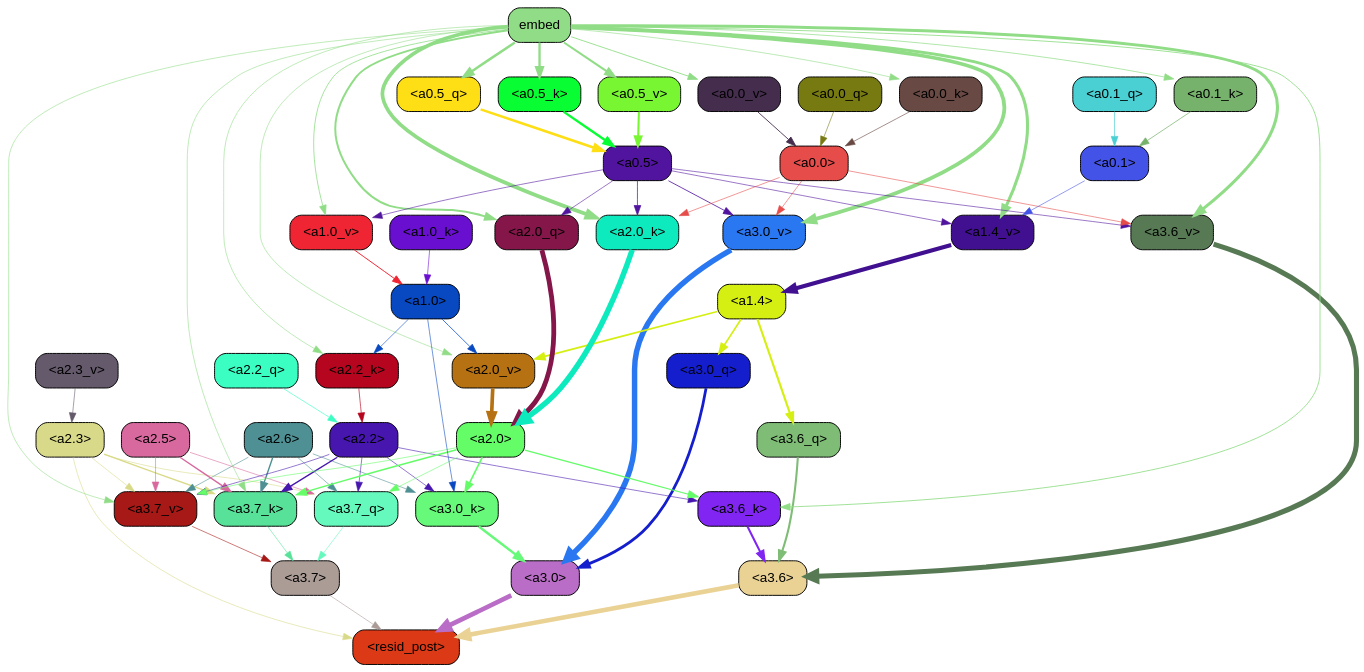
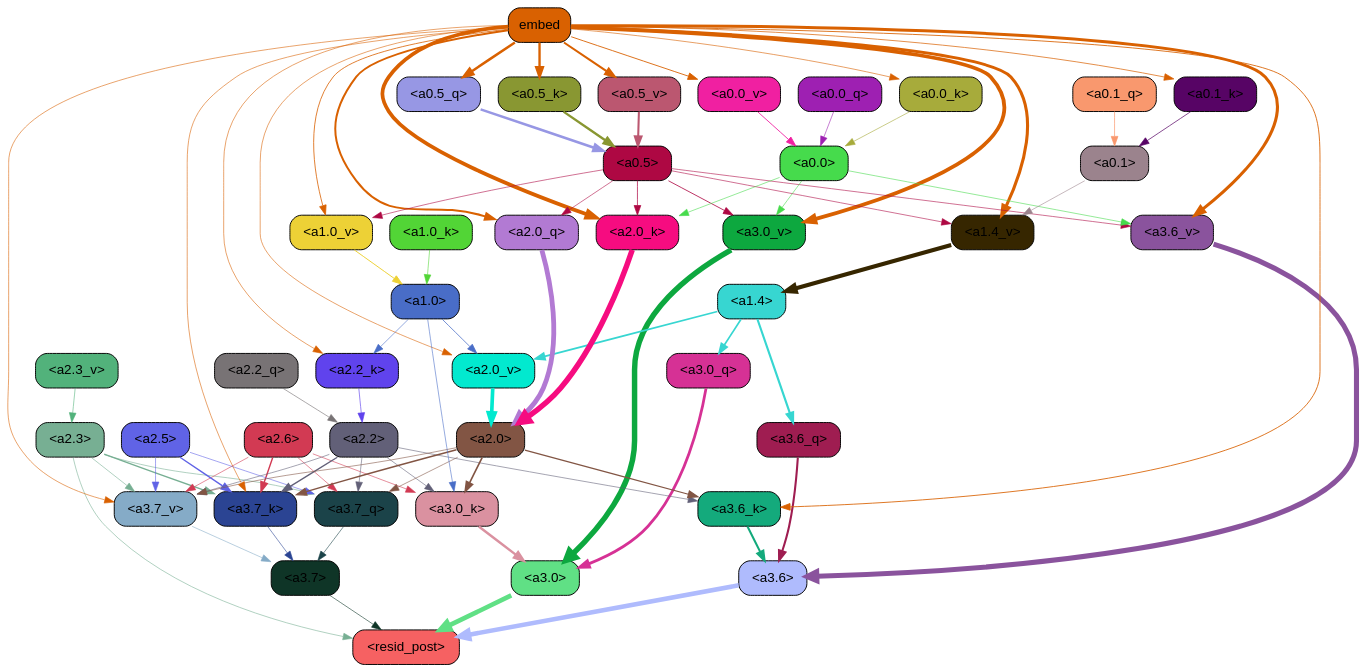
Before and after one commit to Aaquib111/edge-attribution-patching: the diagram in docstring_task/ims/abs_value/thresh0.11_img_77.gv, drawn with Graphviz. The commit also changed 5412 other files, not shown here.

```diff
--- a/docstring_task/ims/abs_value/thresh0.11_img_77.gv
+++ b/docstring_task/ims/abs_value/thresh0.11_img_77.gv
@@ -5,374 +5,374 @@
 		splines=true
 	];
 	"<a3.7>"	[color=black,
-		fillcolor="#ab9c96",
+		fillcolor="#0f3527",
 		fontname=Helvetica,
 		shape=box,
 		style="filled, rounded"];
 	"<resid_post>"	[color=black,
-		fillcolor="#dc3a17",
+		fillcolor="#f66162",
 		fontname=Helvetica,
 		shape=box,
 		style="filled, rounded"];
-	"<a3.7>" -> "<resid_post>"	[color="#ab9c96",
+	"<a3.7>" -> "<resid_post>"	[color="#0f3527",
 		penwidth=0.6];
 	"<a3.6>"	[color=black,
-		fillcolor="#ead295",
+		fillcolor="#afbbfd",
 		fontname=Helvetica,
 		shape=box,
 		style="filled, rounded"];
-	"<a3.6>" -> "<resid_post>"	[color="#ead295",
+	"<a3.6>" -> "<resid_post>"	[color="#afbbfd",
 		penwidth=4.746312499046326];
 	"<a3.0>"	[color=black,
-		fillcolor="#b96dc6",
+		fillcolor="#60e085",
 		fontname=Helvetica,
 		shape=box,
 		style="filled, rounded"];
-	"<a3.0>" -> "<resid_post>"	[color="#b96dc6",
+	"<a3.0>" -> "<resid_post>"	[color="#60e085",
 		penwidth=4.896343111991882];
 	"<a2.3>"	[color=black,
-		fillcolor="#d9da89",
+		fillcolor="#77af93",
 		fontname=Helvetica,
 		shape=box,
 		style="filled, rounded"];
-	"<a2.3>" -> "<resid_post>"	[color="#d9da89",
+	"<a2.3>" -> "<resid_post>"	[color="#77af93",
 		penwidth=0.6];
 	"<a3.7_q>"	[color=black,
-		fillcolor="#66f9bd",
+		fillcolor="#1b4349",
 		fontname=Helvetica,
 		shape=box,
 		style="filled, rounded"];
-	"<a2.3>" -> "<a3.7_q>"	[color="#d9da89",
+	"<a2.3>" -> "<a3.7_q>"	[color="#77af93",
 		penwidth=0.6];
 	"<a3.7_k>"	[color=black,
-		fillcolor="#58e198",
+		fillcolor="#2b4493",
 		fontname=Helvetica,
 		shape=box,
 		style="filled, rounded"];
-	"<a2.3>" -> "<a3.7_k>"	[color="#d9da89",
+	"<a2.3>" -> "<a3.7_k>"	[color="#77af93",
 		penwidth=1.467104621231556];
 	"<a3.7_v>"	[color=black,
-		fillcolor="#a61917",
+		fillcolor="#85abc7",
 		fontname=Helvetica,
 		shape=box,
 		style="filled, rounded"];
-	"<a2.3>" -> "<a3.7_v>"	[color="#d9da89",
+	"<a2.3>" -> "<a3.7_v>"	[color="#77af93",
 		penwidth=0.6];
-	"<a3.7_q>" -> "<a3.7>"	[color="#66f9bd",
+	"<a3.7_q>" -> "<a3.7>"	[color="#1b4349",
 		penwidth=0.6];
 	"<a3.6_q>"	[color=black,
-		fillcolor="#7fbd77",
+		fillcolor="#9f1d51",
 		fontname=Helvetica,
 		shape=box,
 		style="filled, rounded"];
-	"<a3.6_q>" -> "<a3.6>"	[color="#7fbd77",
+	"<a3.6_q>" -> "<a3.6>"	[color="#9f1d51",
 		penwidth=2.160832464694977];
 	"<a3.0_q>"	[color=black,
-		fillcolor="#141ecd",
+		fillcolor="#d63195",
 		fontname=Helvetica,
 		shape=box,
 		style="filled, rounded"];
-	"<a3.0_q>" -> "<a3.0>"	[color="#141ecd",
+	"<a3.0_q>" -> "<a3.0>"	[color="#d63195",
 		penwidth=2.870753765106201];
-	"<a3.7_k>" -> "<a3.7>"	[color="#58e198",
+	"<a3.7_k>" -> "<a3.7>"	[color="#2b4493",
 		penwidth=0.6];
 	"<a3.6_k>"	[color=black,
-		fillcolor="#8025f2",
+		fillcolor="#14aa7c",
 		fontname=Helvetica,
 		shape=box,
 		style="filled, rounded"];
-	"<a3.6_k>" -> "<a3.6>"	[color="#8025f2",
+	"<a3.6_k>" -> "<a3.6>"	[color="#14aa7c",
 		penwidth=2.13908451795578];
 	"<a3.0_k>"	[color=black,
-		fillcolor="#67f979",
+		fillcolor="#da91a0",
 		fontname=Helvetica,
 		shape=box,
 		style="filled, rounded"];
-	"<a3.0_k>" -> "<a3.0>"	[color="#67f979",
+	"<a3.0_k>" -> "<a3.0>"	[color="#da91a0",
 		penwidth=2.520303964614868];
-	"<a3.7_v>" -> "<a3.7>"	[color="#a61917",
+	"<a3.7_v>" -> "<a3.7>"	[color="#85abc7",
 		penwidth=0.6];
 	"<a3.6_v>"	[color=black,
-		fillcolor="#577954",
+		fillcolor="#8a539d",
 		fontname=Helvetica,
 		shape=box,
 		style="filled, rounded"];
-	"<a3.6_v>" -> "<a3.6>"	[color="#577954",
+	"<a3.6_v>" -> "<a3.6>"	[color="#8a539d",
 		penwidth=5.297133803367615];
 	"<a3.0_v>"	[color=black,
-		fillcolor="#2a77f2",
+		fillcolor="#0da83f",
 		fontname=Helvetica,
 		shape=box,
 		style="filled, rounded"];
-	"<a3.0_v>" -> "<a3.0>"	[color="#2a77f2",
+	"<a3.0_v>" -> "<a3.0>"	[color="#0da83f",
 		penwidth=5.680712580680847];
 	"<a2.6>"	[color=black,
-		fillcolor="#4e9094",
+		fillcolor="#d23a53",
 		fontname=Helvetica,
 		shape=box,
 		style="filled, rounded"];
-	"<a2.6>" -> "<a3.7_q>"	[color="#4e9094",
+	"<a2.6>" -> "<a3.7_q>"	[color="#d23a53",
 		penwidth=0.6];
-	"<a2.6>" -> "<a3.7_k>"	[color="#4e9094",
+	"<a2.6>" -> "<a3.7_k>"	[color="#d23a53",
 		penwidth=1.4453159049153328];
-	"<a2.6>" -> "<a3.0_k>"	[color="#4e9094",
+	"<a2.6>" -> "<a3.0_k>"	[color="#d23a53",
 		penwidth=0.6];
-	"<a2.6>" -> "<a3.7_v>"	[color="#4e9094",
+	"<a2.6>" -> "<a3.7_v>"	[color="#d23a53",
 		penwidth=0.6];
 	"<a2.5>"	[color=black,
-		fillcolor="#d8699f",
+		fillcolor="#6063e6",
 		fontname=Helvetica,
 		shape=box,
 		style="filled, rounded"];
-	"<a2.5>" -> "<a3.7_q>"	[color="#d8699f",
+	"<a2.5>" -> "<a3.7_q>"	[color="#6063e6",
 		penwidth=0.6];
-	"<a2.5>" -> "<a3.7_k>"	[color="#d8699f",
+	"<a2.5>" -> "<a3.7_k>"	[color="#6063e6",
 		penwidth=1.4526091292500496];
-	"<a2.5>" -> "<a3.7_v>"	[color="#d8699f",
+	"<a2.5>" -> "<a3.7_v>"	[color="#6063e6",
 		penwidth=0.6];
 	"<a2.2>"	[color=black,
-		fillcolor="#4616ae",
+		fillcolor="#626078",
 		fontname=Helvetica,
 		shape=box,
 		style="filled, rounded"];
-	"<a2.2>" -> "<a3.7_q>"	[color="#4616ae",
+	"<a2.2>" -> "<a3.7_q>"	[color="#626078",
 		penwidth=0.6];
-	"<a2.2>" -> "<a3.7_k>"	[color="#4616ae",
+	"<a2.2>" -> "<a3.7_k>"	[color="#626078",
 		penwidth=1.4310357049107552];
-	"<a2.2>" -> "<a3.6_k>"	[color="#4616ae",
+	"<a2.2>" -> "<a3.6_k>"	[color="#626078",
 		penwidth=0.6];
-	"<a2.2>" -> "<a3.0_k>"	[color="#4616ae",
+	"<a2.2>" -> "<a3.0_k>"	[color="#626078",
 		penwidth=0.6];
-	"<a2.2>" -> "<a3.7_v>"	[color="#4616ae",
+	"<a2.2>" -> "<a3.7_v>"	[color="#626078",
 		penwidth=0.6];
 	"<a2.0>"	[color=black,
-		fillcolor="#64fd68",
+		fillcolor="#825544",
 		fontname=Helvetica,
 		shape=box,
 		style="filled, rounded"];
-	"<a2.0>" -> "<a3.7_q>"	[color="#64fd68",
+	"<a2.0>" -> "<a3.7_q>"	[color="#825544",
 		penwidth=0.6];
-	"<a2.0>" -> "<a3.7_k>"	[color="#64fd68",
+	"<a2.0>" -> "<a3.7_k>"	[color="#825544",
 		penwidth=1.4314699843525887];
-	"<a2.0>" -> "<a3.6_k>"	[color="#64fd68",
+	"<a2.0>" -> "<a3.6_k>"	[color="#825544",
 		penwidth=1.2950235605239868];
-	"<a2.0>" -> "<a3.0_k>"	[color="#64fd68",
+	"<a2.0>" -> "<a3.0_k>"	[color="#825544",
 		penwidth=1.712992787361145];
-	"<a2.0>" -> "<a3.7_v>"	[color="#64fd68",
+	"<a2.0>" -> "<a3.7_v>"	[color="#825544",
 		penwidth=0.6];
 	"<a1.4>"	[color=black,
-		fillcolor="#d6ef13",
+		fillcolor="#37d6d1",
 		fontname=Helvetica,
 		shape=box,
 		style="filled, rounded"];
-	"<a1.4>" -> "<a3.6_q>"	[color="#d6ef13",
+	"<a1.4>" -> "<a3.6_q>"	[color="#37d6d1",
 		penwidth=2.242796540260315];
-	"<a1.4>" -> "<a3.0_q>"	[color="#d6ef13",
+	"<a1.4>" -> "<a3.0_q>"	[color="#37d6d1",
 		penwidth=1.7808996737003326];
 	"<a2.0_v>"	[color=black,
-		fillcolor="#b57112",
+		fillcolor="#02e9cf",
 		fontname=Helvetica,
 		shape=box,
 		style="filled, rounded"];
-	"<a1.4>" -> "<a2.0_v>"	[color="#d6ef13",
+	"<a1.4>" -> "<a2.0_v>"	[color="#37d6d1",
 		penwidth=1.7603429555892944];
 	embed	[color=black,
-		fillcolor="#91dd87",
+		fillcolor="#d96101",
 		fontname=Helvetica,
 		shape=box,
 		style="filled, rounded"];
-	embed -> "<a3.7_k>"	[color="#91dd87",
+	embed -> "<a3.7_k>"	[color="#d96101",
 		penwidth=0.6];
-	embed -> "<a3.6_k>"	[color="#91dd87",
+	embed -> "<a3.6_k>"	[color="#d96101",
 		penwidth=0.891706109046936];
-	embed -> "<a3.7_v>"	[color="#91dd87",
+	embed -> "<a3.7_v>"	[color="#d96101",
 		penwidth=0.6];
-	embed -> "<a3.6_v>"	[color="#91dd87",
+	embed -> "<a3.6_v>"	[color="#d96101",
 		penwidth=3.1766927242279053];
-	embed -> "<a3.0_v>"	[color="#91dd87",
+	embed -> "<a3.0_v>"	[color="#d96101",
 		penwidth=3.9005755856633186];
 	"<a2.0_q>"	[color=black,
-		fillcolor="#841649",
+		fillcolor="#b27ad3",
 		fontname=Helvetica,
 		shape=box,
 		style="filled, rounded"];
-	embed -> "<a2.0_q>"	[color="#91dd87",
+	embed -> "<a2.0_q>"	[color="#d96101",
 		penwidth=2.0810389518737793];
 	"<a2.2_k>"	[color=black,
-		fillcolor="#b6061f",
+		fillcolor="#6043ed",
 		fontname=Helvetica,
 		shape=box,
 		style="filled, rounded"];
-	embed -> "<a2.2_k>"	[color="#91dd87",
+	embed -> "<a2.2_k>"	[color="#d96101",
 		penwidth=0.6];
 	"<a2.0_k>"	[color=black,
-		fillcolor="#0deabe",
+		fillcolor="#f60c80",
 		fontname=Helvetica,
 		shape=box,
 		style="filled, rounded"];
-	embed -> "<a2.0_k>"	[color="#91dd87",
+	embed -> "<a2.0_k>"	[color="#d96101",
 		penwidth=3.8915770053863525];
-	embed -> "<a2.0_v>"	[color="#91dd87",
+	embed -> "<a2.0_v>"	[color="#d96101",
 		penwidth=0.6];
 	"<a1.4_v>"	[color=black,
-		fillcolor="#401090",
+		fillcolor="#362600",
 		fontname=Helvetica,
 		shape=box,
 		style="filled, rounded"];
-	embed -> "<a1.4_v>"	[color="#91dd87",
+	embed -> "<a1.4_v>"	[color="#d96101",
 		penwidth=3.201367974281311];
 	"<a1.0_v>"	[color=black,
-		fillcolor="#f02534",
+		fillcolor="#edd136",
 		fontname=Helvetica,
 		shape=box,
 		style="filled, rounded"];
-	embed -> "<a1.0_v>"	[color="#91dd87",
+	embed -> "<a1.0_v>"	[color="#d96101",
 		penwidth=0.8298318386077881];
 	"<a0.5_q>"	[color=black,
-		fillcolor="#fede15",
+		fillcolor="#9797e4",
 		fontname=Helvetica,
 		shape=box,
 		style="filled, rounded"];
-	embed -> "<a0.5_q>"	[color="#91dd87",
+	embed -> "<a0.5_q>"	[color="#d96101",
 		penwidth=2.619193136692047];
 	"<a0.5_k>"	[color=black,
-		fillcolor="#08fe33",
+		fillcolor="#899732",
 		fontname=Helvetica,
 		shape=box,
 		style="filled, rounded"];
-	embed -> "<a0.5_k>"	[color="#91dd87",
+	embed -> "<a0.5_k>"	[color="#d96101",
 		penwidth=2.463372528553009];
 	"<a0.1_k>"	[color=black,
-		fillcolor="#77b26c",
+		fillcolor="#570465",
 		fontname=Helvetica,
 		shape=box,
 		style="filled, rounded"];
-	embed -> "<a0.1_k>"	[color="#91dd87",
+	embed -> "<a0.1_k>"	[color="#d96101",
 		penwidth=0.7361953854560852];
 	"<a0.0_k>"	[color=black,
-		fillcolor="#684944",
+		fillcolor="#a7ab3b",
 		fontname=Helvetica,
 		shape=box,
 		style="filled, rounded"];
-	embed -> "<a0.0_k>"	[color="#91dd87",
+	embed -> "<a0.0_k>"	[color="#d96101",
 		penwidth=0.628424346446991];
 	"<a0.5_v>"	[color=black,
-		fillcolor="#78f632",
+		fillcolor="#bb5770",
 		fontname=Helvetica,
 		shape=box,
 		style="filled, rounded"];
-	embed -> "<a0.5_v>"	[color="#91dd87",
+	embed -> "<a0.5_v>"	[color="#d96101",
 		penwidth=2.125113606452942];
 	"<a0.0_v>"	[color=black,
-		fillcolor="#452d4e",
+		fillcolor="#f020a1",
 		fontname=Helvetica,
 		shape=box,
 		style="filled, rounded"];
-	embed -> "<a0.0_v>"	[color="#91dd87",
+	embed -> "<a0.0_v>"	[color="#d96101",
 		penwidth=0.9198476672172546];
 	"<a1.0>"	[color=black,
-		fillcolor="#0848c1",
+		fillcolor="#496dc7",
 		fontname=Helvetica,
 		shape=box,
 		style="filled, rounded"];
-	"<a1.0>" -> "<a3.0_k>"	[color="#0848c1",
+	"<a1.0>" -> "<a3.0_k>"	[color="#496dc7",
 		penwidth=0.6];
-	"<a1.0>" -> "<a2.2_k>"	[color="#0848c1",
+	"<a1.0>" -> "<a2.2_k>"	[color="#496dc7",
 		penwidth=0.6];
-	"<a1.0>" -> "<a2.0_v>"	[color="#0848c1",
+	"<a1.0>" -> "<a2.0_v>"	[color="#496dc7",
 		penwidth=0.7897878289222717];
 	"<a0.5>"	[color=black,
-		fillcolor="#51149e",
+		fillcolor="#ae0843",
 		fontname=Helvetica,
 		shape=box,
 		style="filled, rounded"];
-	"<a0.5>" -> "<a3.6_v>"	[color="#51149e",
+	"<a0.5>" -> "<a3.6_v>"	[color="#ae0843",
 		penwidth=0.6];
-	"<a0.5>" -> "<a3.0_v>"	[color="#51149e",
+	"<a0.5>" -> "<a3.0_v>"	[color="#ae0843",
 		penwidth=0.8493617177009583];
-	"<a0.5>" -> "<a2.0_q>"	[color="#51149e",
+	"<a0.5>" -> "<a2.0_q>"	[color="#ae0843",
 		penwidth=0.6];
-	"<a0.5>" -> "<a2.0_k>"	[color="#51149e",
+	"<a0.5>" -> "<a2.0_k>"	[color="#ae0843",
 		penwidth=0.7482255101203918];
-	"<a0.5>" -> "<a1.4_v>"	[color="#51149e",
+	"<a0.5>" -> "<a1.4_v>"	[color="#ae0843",
 		penwidth=0.6];
-	"<a0.5>" -> "<a1.0_v>"	[color="#51149e",
+	"<a0.5>" -> "<a1.0_v>"	[color="#ae0843",
 		penwidth=0.6];
 	"<a0.0>"	[color=black,
-		fillcolor="#e54c4a",
+		fillcolor="#46db4c",
 		fontname=Helvetica,
 		shape=box,
 		style="filled, rounded"];
-	"<a0.0>" -> "<a3.6_v>"	[color="#e54c4a",
+	"<a0.0>" -> "<a3.6_v>"	[color="#46db4c",
 		penwidth=0.6];
-	"<a0.0>" -> "<a3.0_v>"	[color="#e54c4a",
+	"<a0.0>" -> "<a3.0_v>"	[color="#46db4c",
 		penwidth=0.6];
-	"<a0.0>" -> "<a2.0_k>"	[color="#e54c4a",
+	"<a0.0>" -> "<a2.0_k>"	[color="#46db4c",
 		penwidth=0.6];
 	"<a2.2_q>"	[color=black,
-		fillcolor="#3bfec3",
+		fillcolor="#787375",
 		fontname=Helvetica,
 		shape=box,
 		style="filled, rounded"];
-	"<a2.2_q>" -> "<a2.2>"	[color="#3bfec3",
+	"<a2.2_q>" -> "<a2.2>"	[color="#787375",
 		penwidth=0.6449352353811264];
-	"<a2.0_q>" -> "<a2.0>"	[color="#841649",
+	"<a2.0_q>" -> "<a2.0>"	[color="#b27ad3",
 		penwidth=5.017253503203392];
-	"<a2.2_k>" -> "<a2.2>"	[color="#b6061f",
+	"<a2.2_k>" -> "<a2.2>"	[color="#6043ed",
 		penwidth=0.6690489649772644];
-	"<a2.0_k>" -> "<a2.0>"	[color="#0deabe",
+	"<a2.0_k>" -> "<a2.0>"	[color="#f60c80",
 		penwidth=5.656688302755356];
 	"<a2.3_v>"	[color=black,
-		fillcolor="#655a6b",
+		fillcolor="#52b27b",
 		fontname=Helvetica,
 		shape=box,
 		style="filled, rounded"];
-	"<a2.3_v>" -> "<a2.3>"	[color="#655a6b",
+	"<a2.3_v>" -> "<a2.3>"	[color="#52b27b",
 		penwidth=0.6];
-	"<a2.0_v>" -> "<a2.0>"	[color="#b57112",
+	"<a2.0_v>" -> "<a2.0>"	[color="#02e9cf",
 		penwidth=3.8170836865901947];
 	"<a1.0_k>"	[color=black,
-		fillcolor="#6910d0",
+		fillcolor="#52d536",
 		fontname=Helvetica,
 		shape=box,
 		style="filled, rounded"];
-	"<a1.0_k>" -> "<a1.0>"	[color="#6910d0",
+	"<a1.0_k>" -> "<a1.0>"	[color="#52d536",
 		penwidth=0.6];
-	"<a1.4_v>" -> "<a1.4>"	[color="#401090",
+	"<a1.4_v>" -> "<a1.4>"	[color="#362600",
 		penwidth=4.140247106552124];
-	"<a1.0_v>" -> "<a1.0>"	[color="#f02534",
+	"<a1.0_v>" -> "<a1.0>"	[color="#edd136",
 		penwidth=1.020309567451477];
 	"<a0.1>"	[color=black,
-		fillcolor="#4453e7",
+		fillcolor="#9b838d",
 		fontname=Helvetica,
 		shape=box,
 		style="filled, rounded"];
-	"<a0.1>" -> "<a1.4_v>"	[color="#4453e7",
+	"<a0.1>" -> "<a1.4_v>"	[color="#9b838d",
 		penwidth=0.6];
-	"<a0.5_q>" -> "<a0.5>"	[color="#fede15",
+	"<a0.5_q>" -> "<a0.5>"	[color="#9797e4",
 		penwidth=2.6191927194595337];
 	"<a0.1_q>"	[color=black,
-		fillcolor="#4acfd3",
+		fillcolor="#f9986e",
 		fontname=Helvetica,
 		shape=box,
 		style="filled, rounded"];
-	"<a0.1_q>" -> "<a0.1>"	[color="#4acfd3",
+	"<a0.1_q>" -> "<a0.1>"	[color="#f9986e",
 		penwidth=0.7419459819793701];
 	"<a0.0_q>"	[color=black,
-		fillcolor="#777a11",
+		fillcolor="#9e20b2",
 		fontname=Helvetica,
 		shape=box,
 		style="filled, rounded"];
-	"<a0.0_q>" -> "<a0.0>"	[color="#777a11",
+	"<a0.0_q>" -> "<a0.0>"	[color="#9e20b2",
 		penwidth=0.6];
-	"<a0.5_k>" -> "<a0.5>"	[color="#08fe33",
+	"<a0.5_k>" -> "<a0.5>"	[color="#899732",
 		penwidth=2.463372588157654];
-	"<a0.1_k>" -> "<a0.1>"	[color="#77b26c",
+	"<a0.1_k>" -> "<a0.1>"	[color="#570465",
 		penwidth=0.7361900806427002];
-	"<a0.0_k>" -> "<a0.0>"	[color="#684944",
+	"<a0.0_k>" -> "<a0.0>"	[color="#a7ab3b",
 		penwidth=0.6284329891204834];
-	"<a0.5_v>" -> "<a0.5>"	[color="#78f632",
+	"<a0.5_v>" -> "<a0.5>"	[color="#bb5770",
 		penwidth=2.1396186351776123];
-	"<a0.0_v>" -> "<a0.0>"	[color="#452d4e",
+	"<a0.0_v>" -> "<a0.0>"	[color="#f020a1",
 		penwidth=0.9198480844497681];
 }
```
